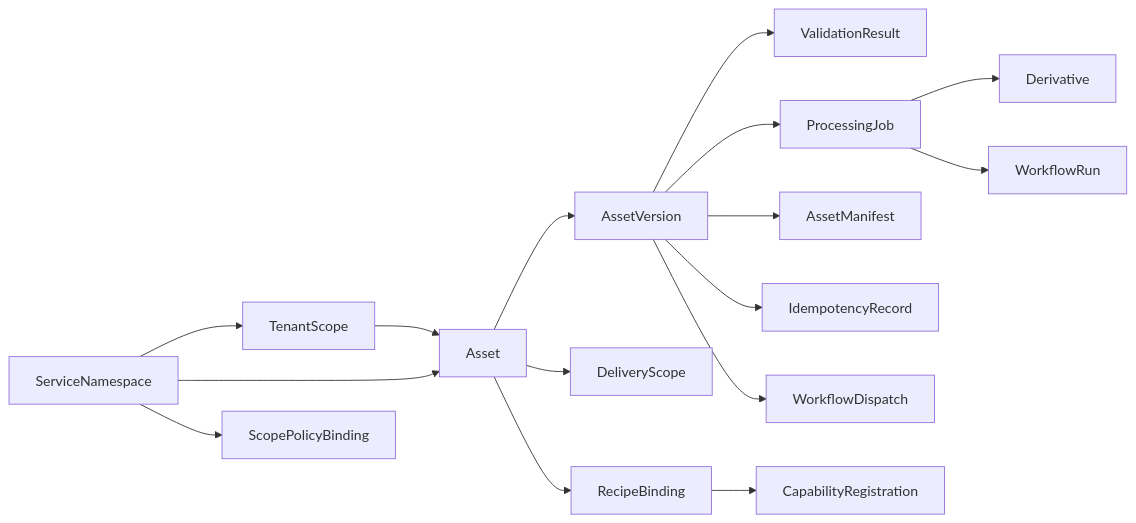
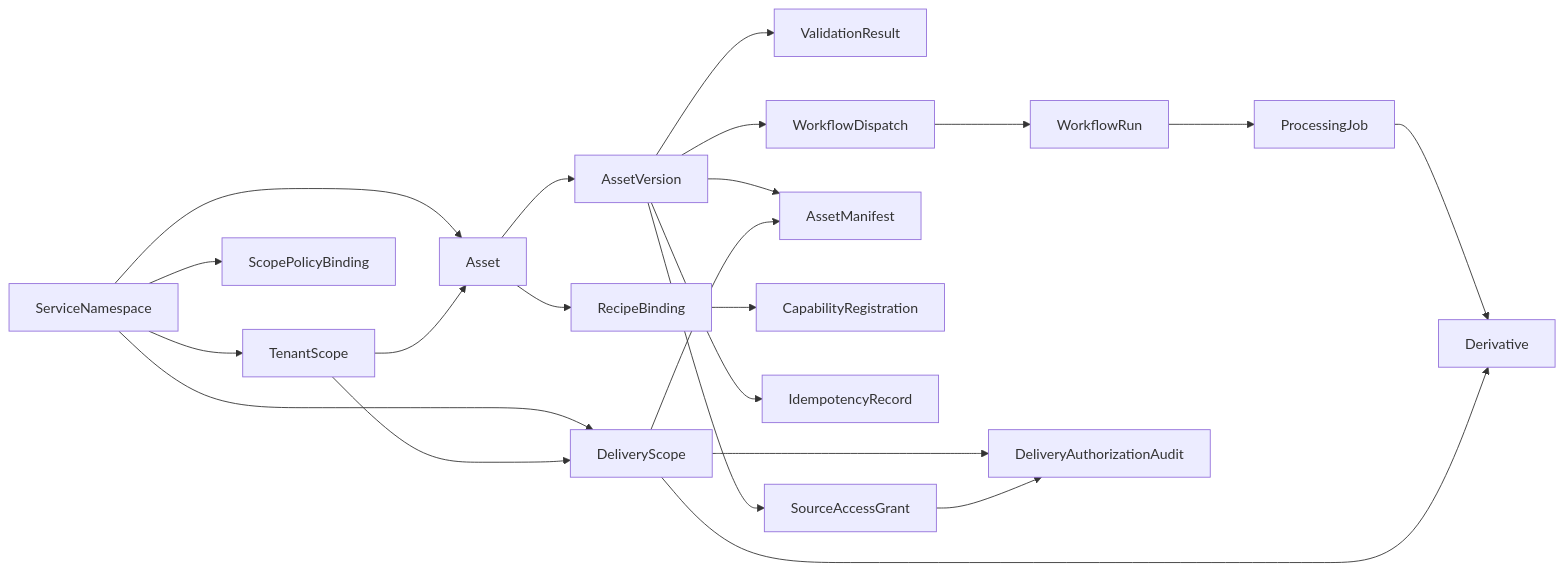
The diagram in docs/domain-model.md (Yeusepe/cdngine), drawn with Mermaid before and after one commit. The commit also changed 23 other files, not shown here.

````diff
--- a/docs/domain-model.md
+++ b/docs/domain-model.md
@@ -48,18 +48,24 @@
 ```mermaid
 flowchart LR
     Namespace["ServiceNamespace"] --> Tenant["TenantScope"]
+    Namespace --> DeliveryScope["DeliveryScope"]
+    Tenant --> DeliveryScope
     Namespace --> Asset["Asset"]
     Tenant --> Asset
     Asset --> Version["AssetVersion"]
-    Asset --> DeliveryScope["DeliveryScope"]
     Version --> Validation["ValidationResult"]
-    Version --> Job["ProcessingJob"]
+    Version --> Dispatch["WorkflowDispatch"]
+    Dispatch --> Run["WorkflowRun"]
+    Run --> Job["ProcessingJob"]
     Job --> Derivative["Derivative"]
     Version --> Manifest["AssetManifest"]
+    DeliveryScope --> Derivative
+    DeliveryScope --> Manifest
     Asset --> Binding["RecipeBinding"]
     Binding --> Capability["CapabilityRegistration"]
     Namespace --> ScopePolicy["ScopePolicyBinding"]
-    Job --> Run["WorkflowRun"]
     Version --> Idempotency["IdempotencyRecord"]
-    Version --> Dispatch["WorkflowDispatch"]
+    Version --> SourceGrant["SourceAccessGrant"]
+    DeliveryScope --> DeliveryAudit["DeliveryAuthorizationAudit"]
+    SourceGrant --> DeliveryAudit
 ```
````
